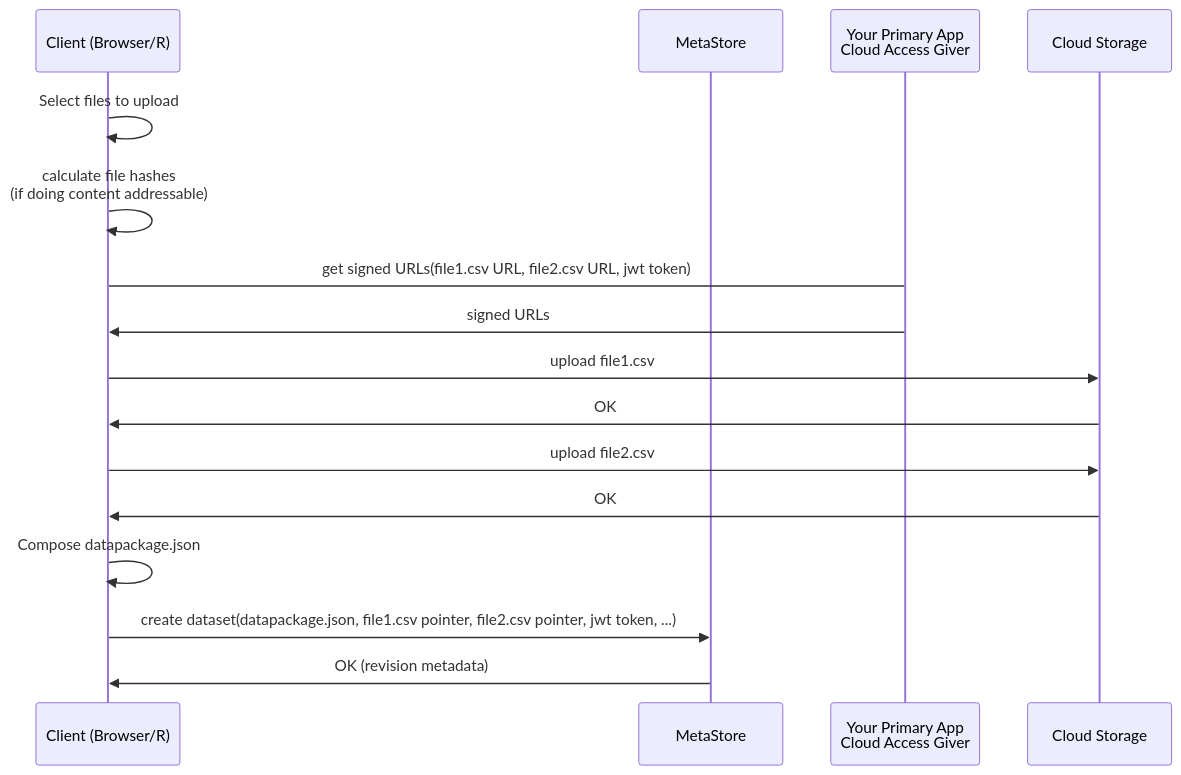
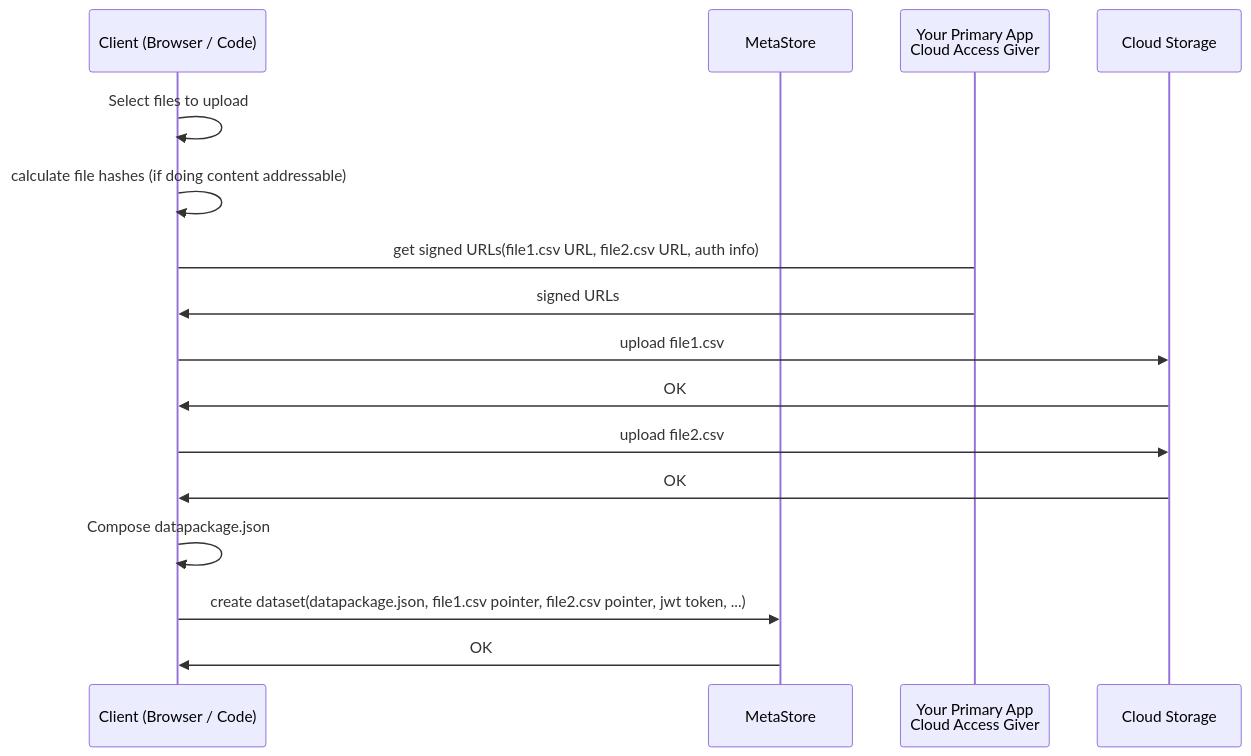
The diagram in blob-storage/README.md (datopian/tech.datopian.com), drawn with Mermaid before and after one commit. The commit also changed other lines of this file, not shown here.

Commit message:
[blob][s]: fix formatting and mermaid plus add section re DataHub.io implementation.

````diff
--- a/blob-storage/README.md
+++ b/blob-storage/README.md
@@ -18,20 +18,20 @@
 ```mermaid
 sequenceDiagram
 
-  participant browser as Client (Browser/R)
+  participant browser as Client (Browser / Code)
   participant vfts as MetaStore
   participant bitstore as Your Primary App<br/>Cloud Access Giver
   participant storage as Cloud Storage
   
   browser->>browser: Select files to upload
-  browser->>browser: calculate file hashes <br/>(if doing content addressable)
-  browser->bitstore: get signed URLs(file1.csv URL, file2.csv URL, jwt token)
+  browser->>browser: calculate file hashes (if doing content addressable)
+  browser->bitstore: get signed URLs(file1.csv URL, file2.csv URL, auth info)
   bitstore->>browser: signed URLs
   browser->>storage: upload file1.csv
   storage->>browser: OK
   browser->>storage: upload file2.csv
   storage->>browser: OK
   browser->>browser: Compose datapackage.json
   browser->>vfts: create dataset(datapackage.json, file1.csv pointer, file2.csv pointer, jwt token, ...)
-  vfts->>browser: OK (revision metadata)
+  vfts->>browser: OK
 ```
````
